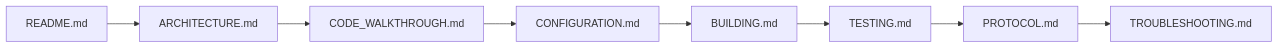
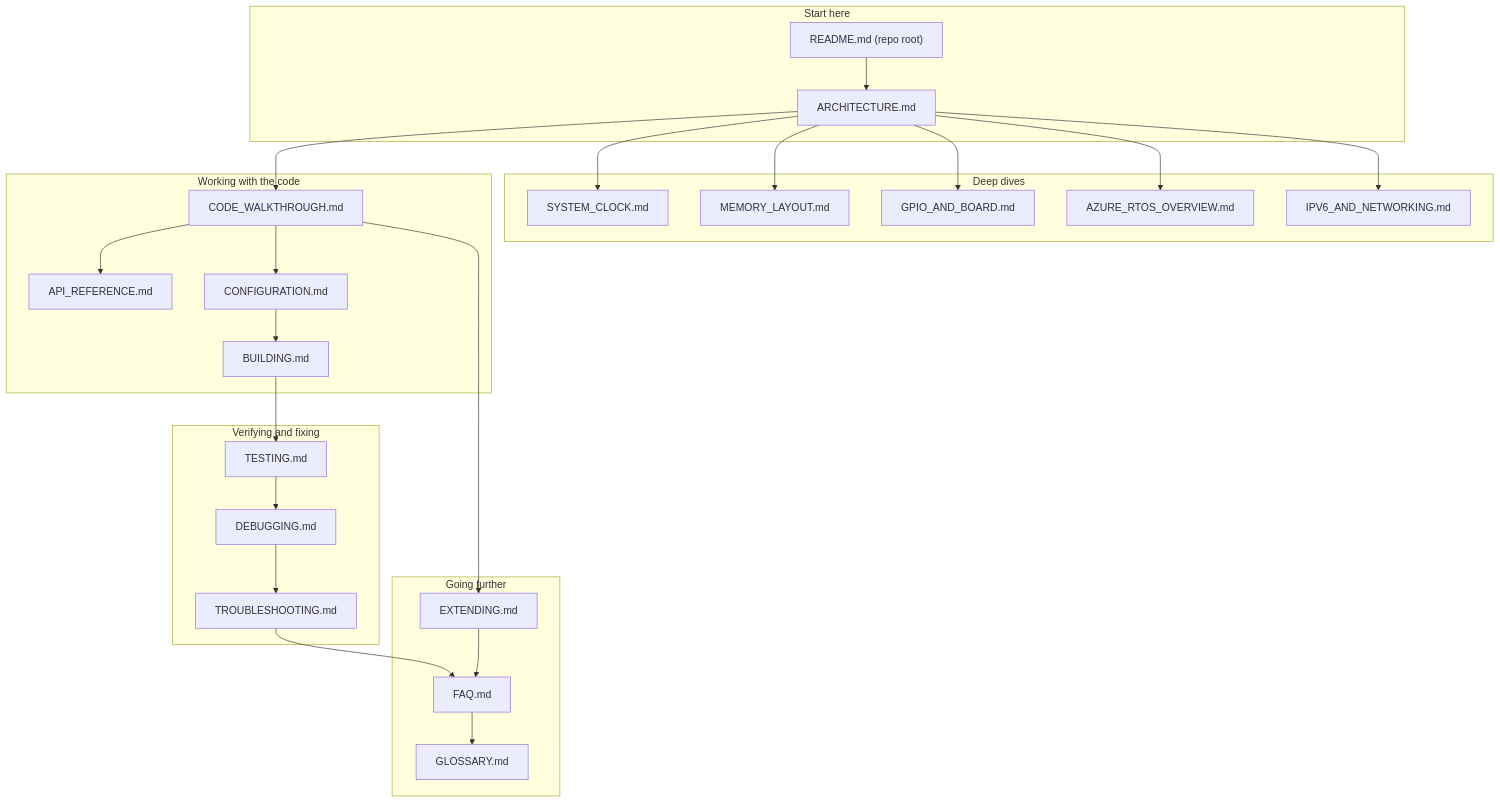
One commit to ccsalman545/crispy-octo-computing-machine changed the diagram in docs/README.md. Above: the diagram before and after it, drawn with Mermaid. The commit also changed other lines of this file and 11 other files, not shown here.

````diff
--- a/docs/README.md
+++ b/docs/README.md
@@ -18,10 +30,47 @@
 ```mermaid
-flowchart LR
-    A["README.md"] --> B["ARCHITECTURE.md"]
-    B --> C["CODE_WALKTHROUGH.md"]
-    C --> D["CONFIGURATION.md"]
-    D --> E["BUILDING.md"]
-    E --> F["TESTING.md"]
-    F --> G["PROTOCOL.md"]
-    G --> H["TROUBLESHOOTING.md"]
+flowchart TB
+    subgraph START["Start here"]
+        A["README.md (repo root)"]
+        B["ARCHITECTURE.md"]
+    end
+    subgraph DEEP["Deep dives"]
+        C["SYSTEM_CLOCK.md"]
+        D["MEMORY_LAYOUT.md"]
+        E["GPIO_AND_BOARD.md"]
+        F["AZURE_RTOS_OVERVIEW.md"]
+        G["IPV6_AND_NETWORKING.md"]
+    end
+    subgraph WORK["Working with the code"]
+        H["CODE_WALKTHROUGH.md"]
+        I["API_REFERENCE.md"]
+        J["CONFIGURATION.md"]
+        K["BUILDING.md"]
+    end
+    subgraph VERIFY["Verifying and fixing"]
+        L["TESTING.md"]
+        M["DEBUGGING.md"]
+        N["TROUBLESHOOTING.md"]
+    end
+    subgraph GO["Going further"]
+        O["EXTENDING.md"]
+        P["FAQ.md"]
+        Q["GLOSSARY.md"]
+    end
+    A --> B
+    B --> C
+    B --> D
+    B --> E
+    B --> F
+    B --> G
+    B --> H
+    H --> I
+    H --> J
+    J --> K
+    K --> L
+    L --> M
+    M --> N
+    H --> O
+    N --> P
+    O --> P
+    P --> Q
 ```
````
